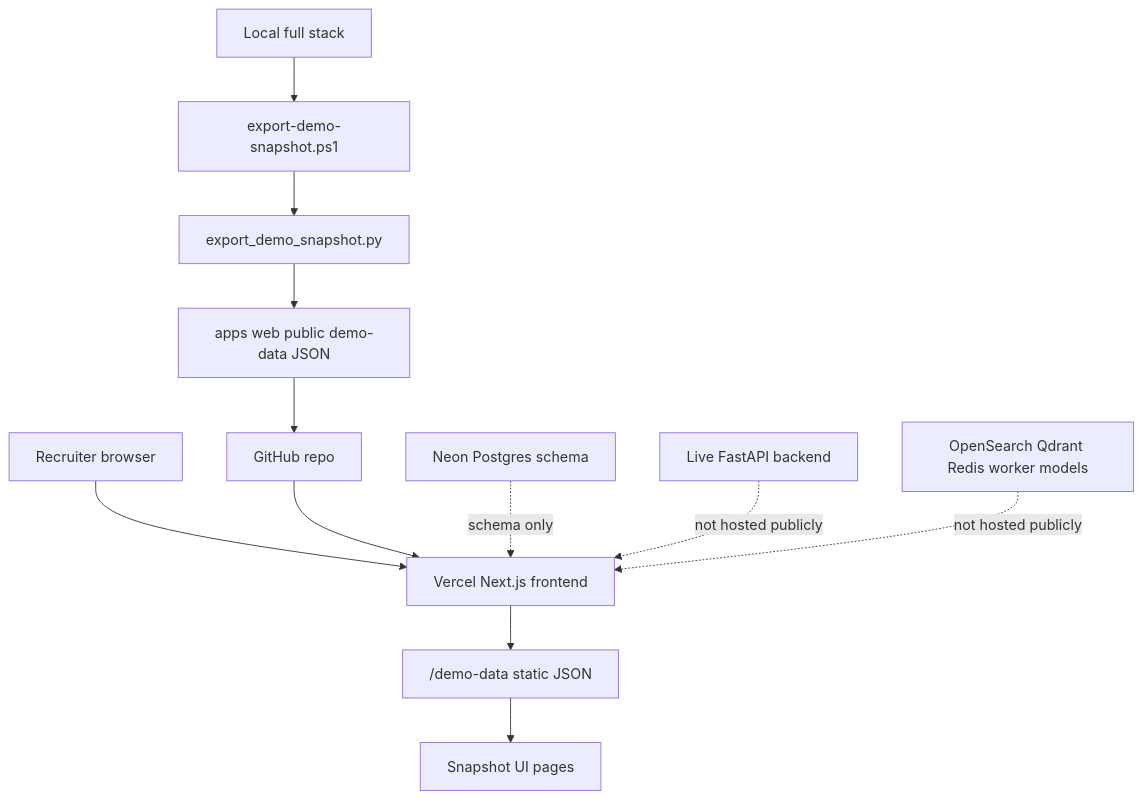
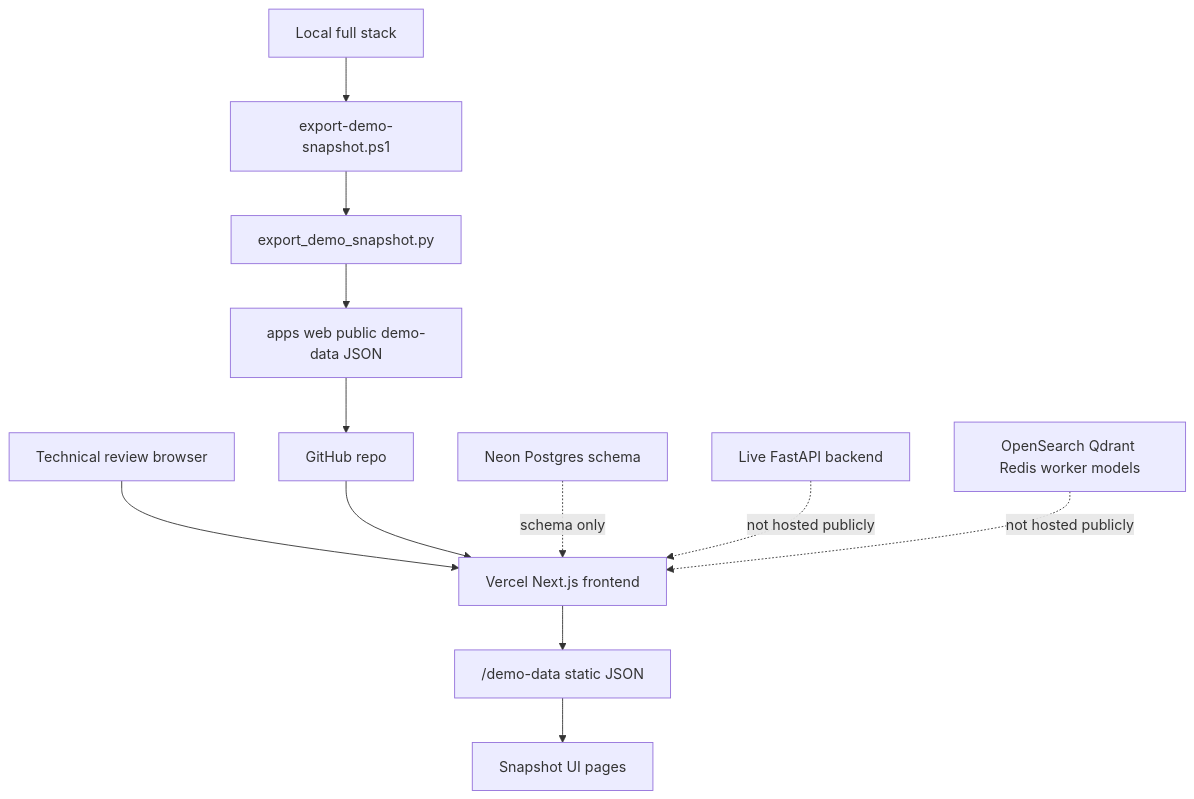
Before and after one commit to YuvrajKashyap/aletheia: the diagram in docs/diagrams/public-snapshot-architecture.md, drawn with Mermaid. The commit also changed 13 other files, not shown here.

Commit message:
docs: consolidate technical review materials

````diff
--- a/docs/diagrams/public-snapshot-architecture.md
+++ b/docs/diagrams/public-snapshot-architecture.md
@@ -5,16 +5,16 @@
 ```mermaid
 flowchart TD
-  Recruiter[Recruiter browser] --> Vercel[Vercel Next.js frontend]
+  Reviewer[Technical review browser] --> Vercel[Vercel Next.js frontend]
   Vercel --> DemoData["/demo-data static JSON"]
   DemoData --> Pages[Snapshot UI pages]
 
   Local[Local full stack] --> ExportScript[export-demo-snapshot.ps1]
   ExportScript --> ExportCli[export_demo_snapshot.py]
   ExportCli --> JsonFiles[apps web public demo-data JSON]
   JsonFiles --> GitHub[GitHub repo]
   GitHub --> Vercel
 
   Neon[Neon Postgres schema] -. schema only .-> Vercel
   LiveBackend[Live FastAPI backend] -. not hosted publicly .-> Vercel
   SearchStack[OpenSearch Qdrant Redis worker models] -. not hosted publicly .-> Vercel
 ```
````
